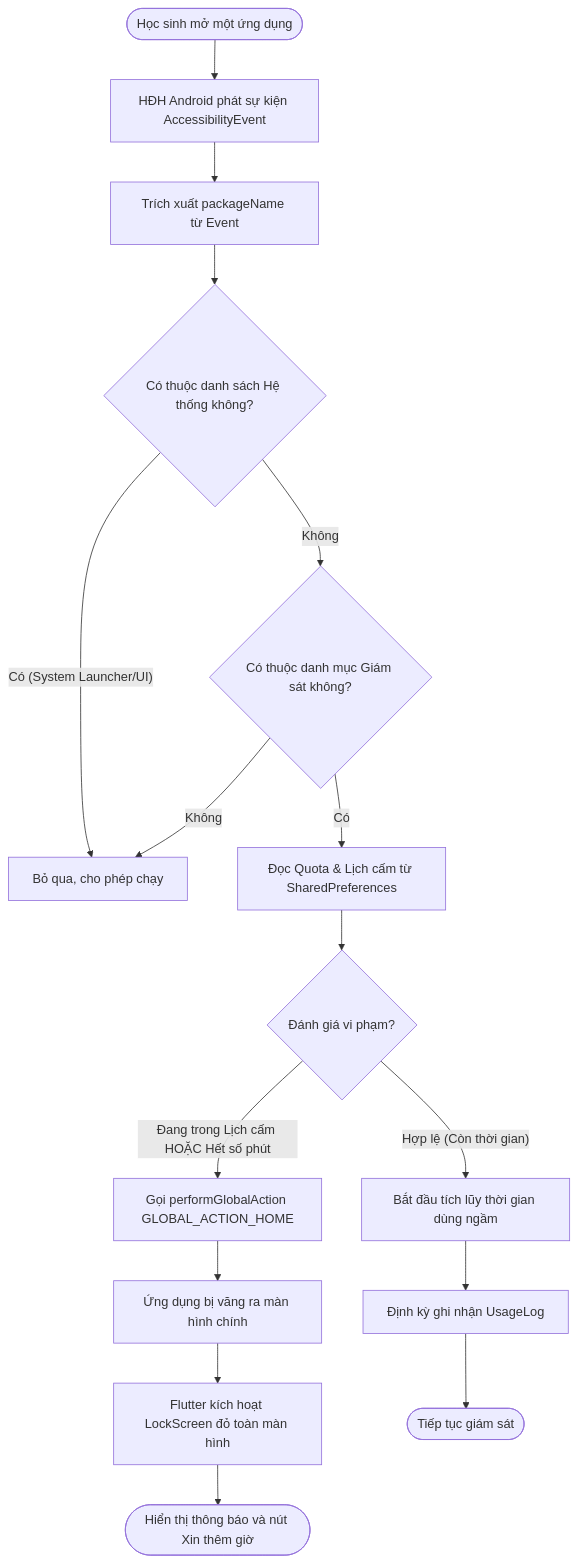
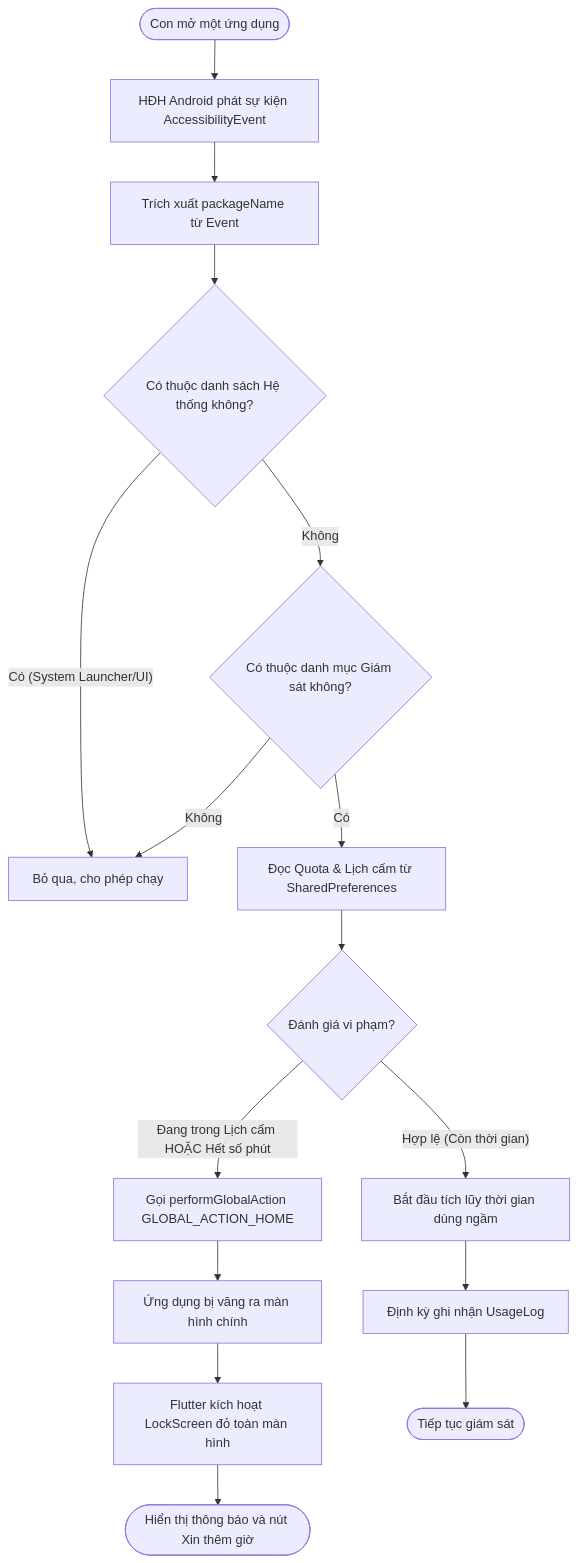
One commit to minhduc01168/KidGuardian-THPT changed the sixth of 20 diagrams in docs/Kura_Technical_Analysis.md. Above: the diagram before and after it, drawn with Mermaid. The commit also changed other lines of this file, not shown here.

Commit message:
docs: standardize terminology to Kura, Phụ huynh and Con, align diagrams with codebase

````diff
--- a/docs/Kura_Technical_Analysis.md
+++ b/docs/Kura_Technical_Analysis.md
@@ -568,23 +568,23 @@
 ```mermaid
 flowchart TD
-    Start([Học sinh mở một ứng dụng]) --> CatchEvent[HĐH Android phát sự kiện AccessibilityEvent]
-    CatchEvent --> ExtractPkg[Trích xuất packageName từ Event]
-    ExtractPkg --> CheckSystem{Có thuộc danh sách Hệ thống không?}
-    
-    CheckSystem -- Có (System Launcher/UI) --> AllowPass[Bỏ qua, cho phép chạy]
-    CheckSystem -- Không --> CheckMonitored{Có thuộc danh mục Giám sát không?}
-    
-    CheckMonitored -- Không --> AllowPass
-    CheckMonitored -- Có --> ReadCache[Đọc Quota & Lịch cấm từ SharedPreferences]
-    
-    ReadCache --> EvaluateRule{Đánh giá vi phạm?}
-    EvaluateRule -- Đang trong Lịch cấm HOẶC Hết số phút --> BlockAction[Gọi performGlobalAction GLOBAL_ACTION_HOME]
-    EvaluateRule -- Hợp lệ (Còn thời gian) --> TrackUsage[Bắt đầu tích lũy thời gian dùng ngầm]
-    
-    BlockAction --> HomeVang[Ứng dụng bị văng ra màn hình chính]
-    HomeVang --> ShowLockUI[Flutter kích hoạt LockScreen đỏ toàn màn hình]
-    ShowLockUI --> EndBlock([Hiển thị thông báo và nút Xin thêm giờ])
-    
-    TrackUsage --> PeriodicSync[Định kỳ ghi nhận UsageLog]
-    PeriodicSync --> EndTrack([Tiếp tục giám sát])
+ Start([Con mở một ứng dụng]) --> CatchEvent[HĐH Android phát sự kiện AccessibilityEvent]
+ CatchEvent --> ExtractPkg[Trích xuất packageName từ Event]
+ ExtractPkg --> CheckSystem{Có thuộc danh sách Hệ thống không?}
+ 
+ CheckSystem -- Có (System Launcher/UI) --> AllowPass[Bỏ qua, cho phép chạy]
+ CheckSystem -- Không --> CheckMonitored{Có thuộc danh mục Giám sát không?}
+ 
+ CheckMonitored -- Không --> AllowPass
+ CheckMonitored -- Có --> ReadCache[Đọc Quota & Lịch cấm từ SharedPreferences]
+ 
+ ReadCache --> EvaluateRule{Đánh giá vi phạm?}
+ EvaluateRule -- Đang trong Lịch cấm HOẶC Hết số phút --> BlockAction[Gọi performGlobalAction GLOBAL_ACTION_HOME]
+ EvaluateRule -- Hợp lệ (Còn thời gian) --> TrackUsage[Bắt đầu tích lũy thời gian dùng ngầm]
+ 
+ BlockAction --> HomeVang[Ứng dụng bị văng ra màn hình chính]
+ HomeVang --> ShowLockUI[Flutter kích hoạt LockScreen đỏ toàn màn hình]
+ ShowLockUI --> EndBlock([Hiển thị thông báo và nút Xin thêm giờ])
+ 
+ TrackUsage --> PeriodicSync[Định kỳ ghi nhận UsageLog]
+ PeriodicSync --> EndTrack([Tiếp tục giám sát])
 ```
````
